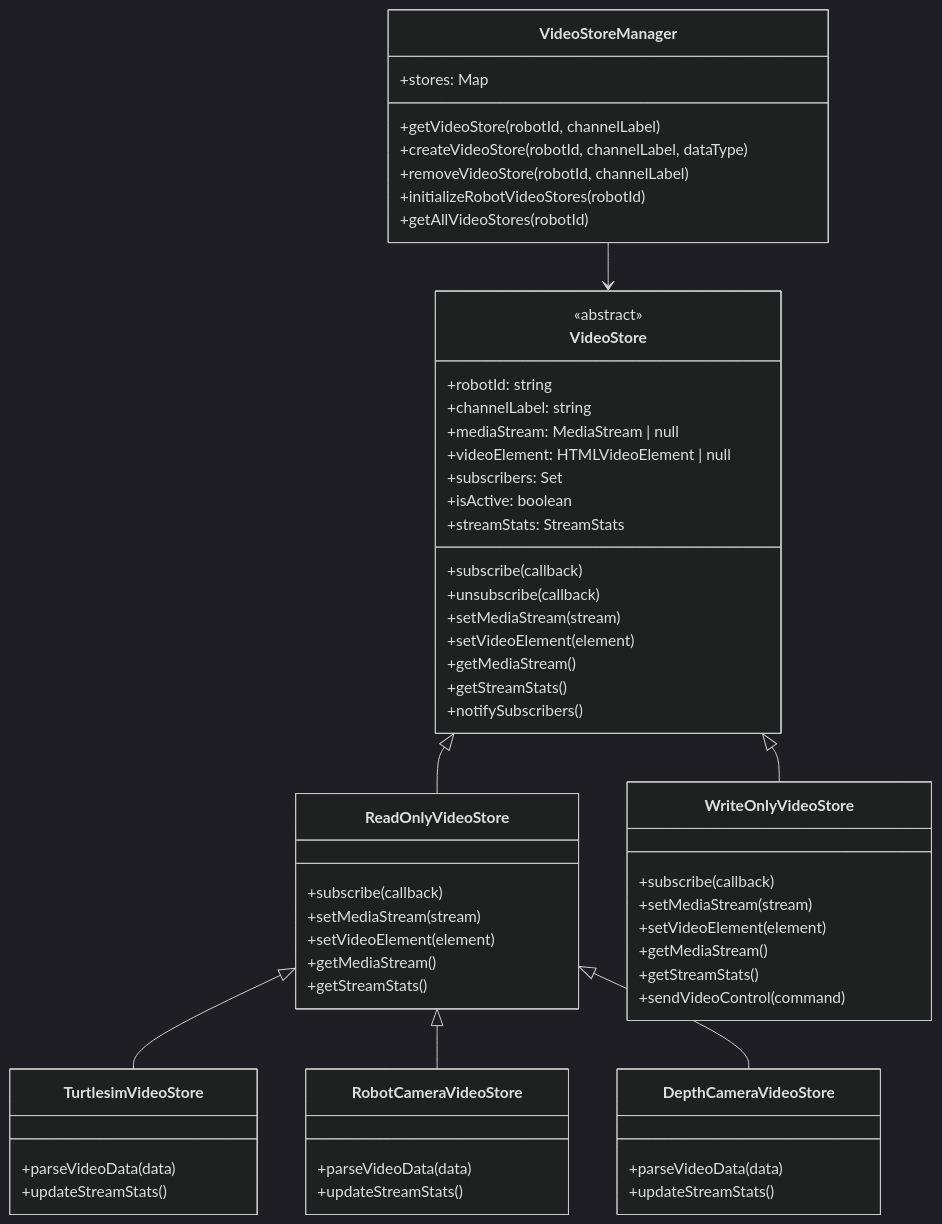
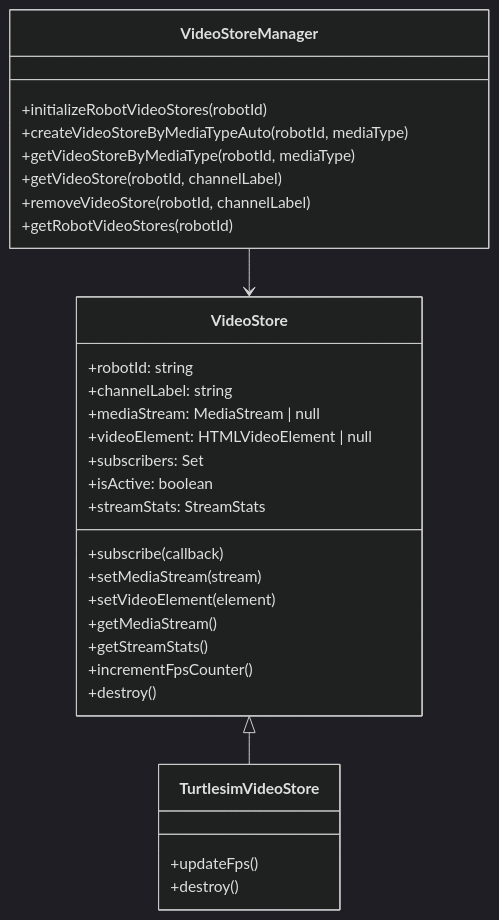
One commit to ACSL-MOSAIC/MOSAIC-Server changed the third of 4 diagrams in docs/VIDEO_STORE_SETUP.md. Above: the diagram before and after it, drawn with Mermaid (dark theme). The commit also changed other lines of this file and 5 other files, not shown here.

Commit message:
media stream refactor

````diff
--- a/docs/VIDEO_STORE_SETUP.md
+++ b/docs/VIDEO_STORE_SETUP.md
@@ -625,69 +471,33 @@
 ```mermaid
 classDiagram
     class VideoStore {
-        <<abstract>>
         +robotId: string
         +channelLabel: string
         +mediaStream: MediaStream | null
         +videoElement: HTMLVideoElement | null
         +subscribers: Set<VideoSubscriber>
         +isActive: boolean
         +streamStats: StreamStats
         +subscribe(callback)
-        +unsubscribe(callback)
         +setMediaStream(stream)
         +setVideoElement(element)
         +getMediaStream()
         +getStreamStats()
-        +notifySubscribers()
+        +incrementFpsCounter()
+        +destroy()
     }
-    
-    class ReadOnlyVideoStore {
-        +subscribe(callback)
-        +setMediaStream(stream)
-        +setVideoElement(element)
-        +getMediaStream()
-        +getStreamStats()
+    class TurtlesimVideoStore {
+        +updateFps()
+        +destroy()
     }
-    
-    class WriteOnlyVideoStore {
-        +subscribe(callback)
-        +setMediaStream(stream)
-        +setVideoElement(element)
-        +getMediaStream()
-        +getStreamStats()
-        +sendVideoControl(command)
+    class VideoStoreManager {
+        +initializeRobotVideoStores(robotId)
+        +createVideoStoreByMediaTypeAuto(robotId, mediaType)
+        +getVideoStoreByMediaType(robotId, mediaType)
+        +getVideoStore(robotId, channelLabel)
+        +removeVideoStore(robotId, channelLabel)
+        +getRobotVideoStores(robotId)
     }
-    
-    class VideoStoreManager {
-        +stores: Map<string, VideoStore>
-        +getVideoStore(robotId, channelLabel)
-        +createVideoStore(robotId, channelLabel, dataType)
-        +removeVideoStore(robotId, channelLabel)
-        +initializeRobotVideoStores(robotId)
-        +getAllVideoStores(robotId)
-    }
-    
-    class TurtlesimVideoStore {
-        +parseVideoData(data)
-        +updateStreamStats()
-    }
-    
-    class RobotCameraVideoStore {
-        +parseVideoData(data)
-        +updateStreamStats()
-    }
-    
-    class DepthCameraVideoStore {
-        +parseVideoData(data)
-        +updateStreamStats()
-    }
-
-    VideoStore <|-- ReadOnlyVideoStore
-    VideoStore <|-- WriteOnlyVideoStore
-    ReadOnlyVideoStore <|-- TurtlesimVideoStore
-    ReadOnlyVideoStore <|-- RobotCameraVideoStore
-    ReadOnlyVideoStore <|-- DepthCameraVideoStore
-    
+    VideoStore <|-- TurtlesimVideoStore
     VideoStoreManager --> VideoStore
 ```
````
